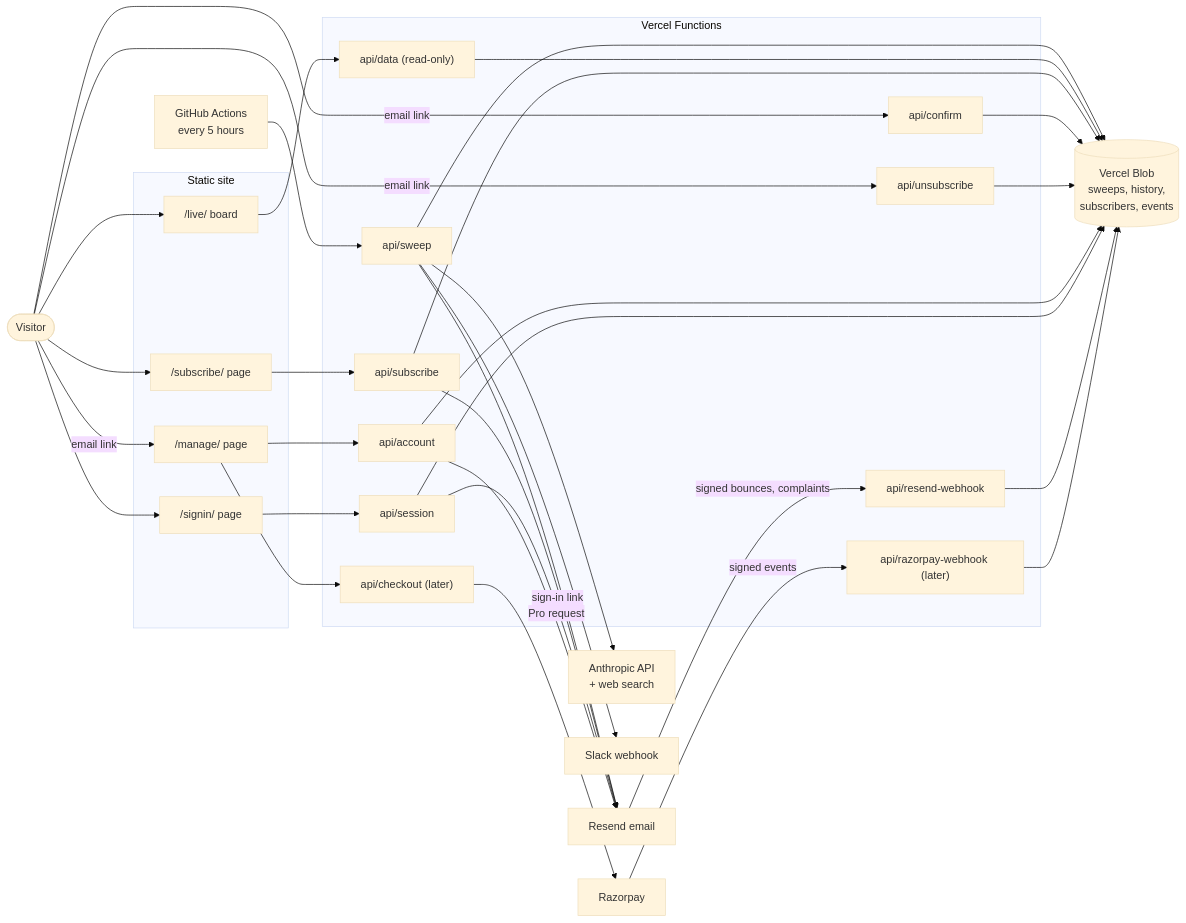
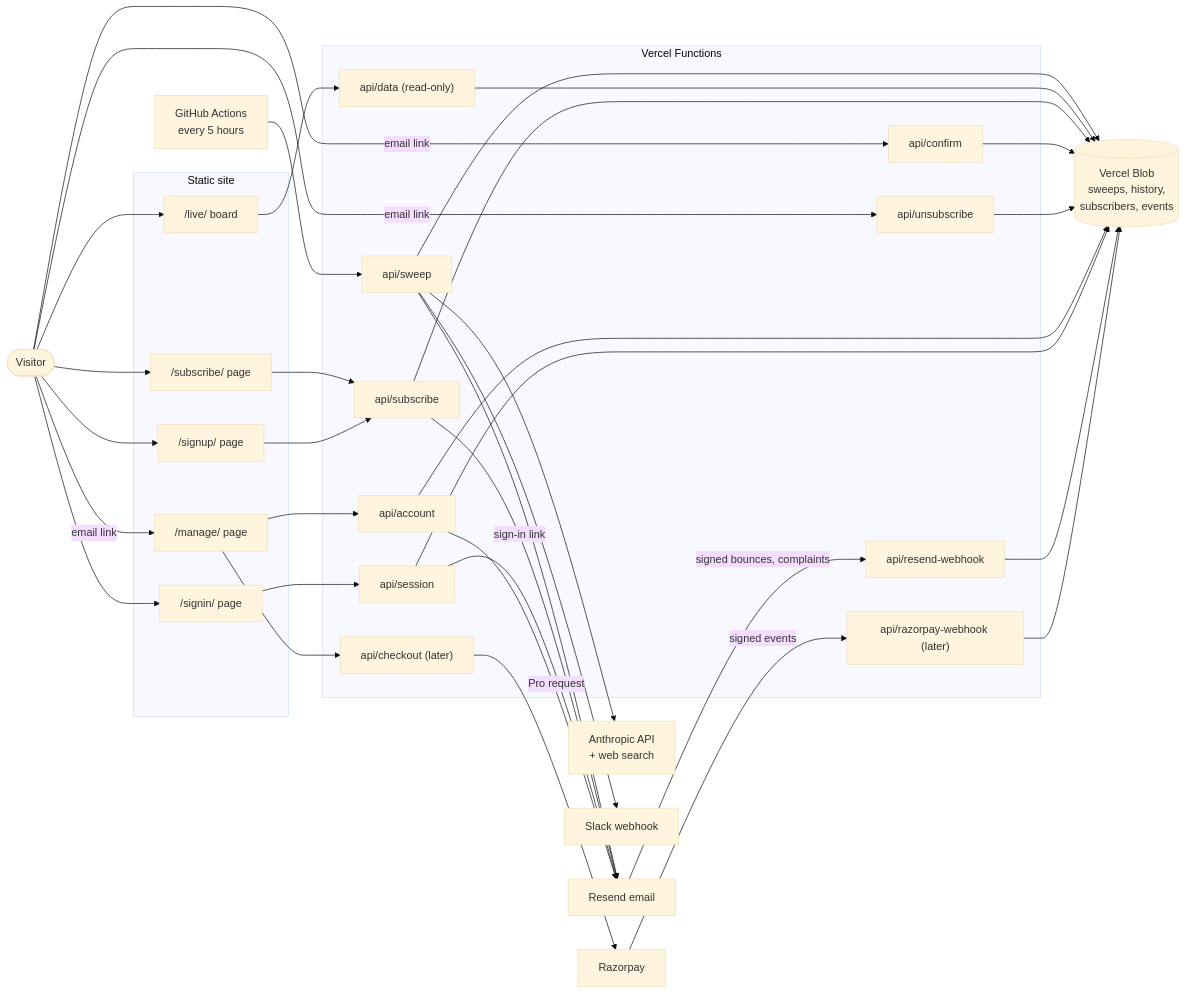
The first of 6 diagrams in docs/subscriptions/architecture.md (bhawnamanglapm/travel-problem-radar-case-study), drawn with Mermaid (base theme) before and after one commit. The commit also changed other lines of this file and 4 other files, not shown here.

````diff
--- a/docs/subscriptions/architecture.md
+++ b/docs/subscriptions/architecture.md
@@ -24,47 +24,49 @@
 ```mermaid
 flowchart LR
   V([Visitor])
   GHA["GitHub Actions<br/>every 5 hours"]
   subgraph Site["Static site"]
     LIVE["/live/ board"]
     SUBP["/subscribe/ page"]
     MAN["/manage/ page"]
     SIGN["/signin/ page"]
+    SUP["/signup/ page"]
   end
   subgraph Fn["Vercel Functions"]
     SWEEP["api/sweep"]
     DATA["api/data (read-only)"]
     SUBS["api/subscribe"]
     CONF["api/confirm"]
     UNS["api/unsubscribe"]
     ACC["api/account"]
     SES["api/session"]
     RWH["api/resend-webhook"]
     CHK["api/checkout (later)"]
     WH["api/razorpay-webhook (later)"]
   end
   BLOB[("Vercel Blob<br/>sweeps, history,<br/>subscribers, events")]
   ANTH["Anthropic API<br/>+ web search"]
   RES["Resend email"]
   SLK["Slack webhook"]
   RZP["Razorpay"]
 
   GHA --> SWEEP
   SWEEP --> ANTH
   SWEEP --> BLOB
   SWEEP --> RES
   SWEEP --> SLK
   V --> LIVE --> DATA --> BLOB
   V --> SUBP --> SUBS
+  V --> SUP --> SUBS
   SUBS --> BLOB
   SUBS --> RES
   V -->|email link| CONF --> BLOB
   V -->|email link| UNS --> BLOB
   V -->|email link| MAN --> ACC --> BLOB
   V --> SIGN --> SES --> BLOB
   SES -->|sign-in link| RES
   ACC -->|Pro request| RES
   RES -->|signed bounces, complaints| RWH --> BLOB
   MAN --> CHK --> RZP
   RZP -->|signed events| WH --> BLOB
 ```
````
